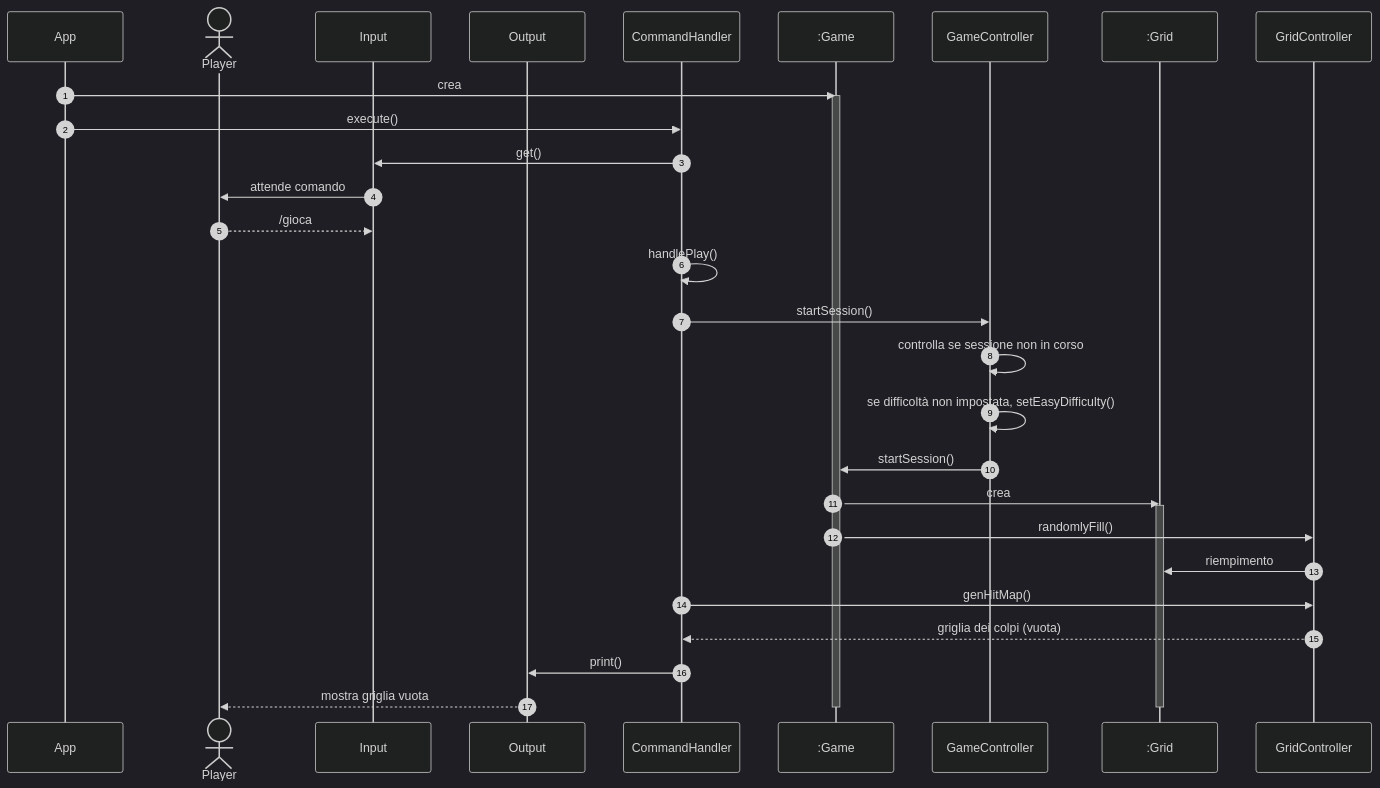
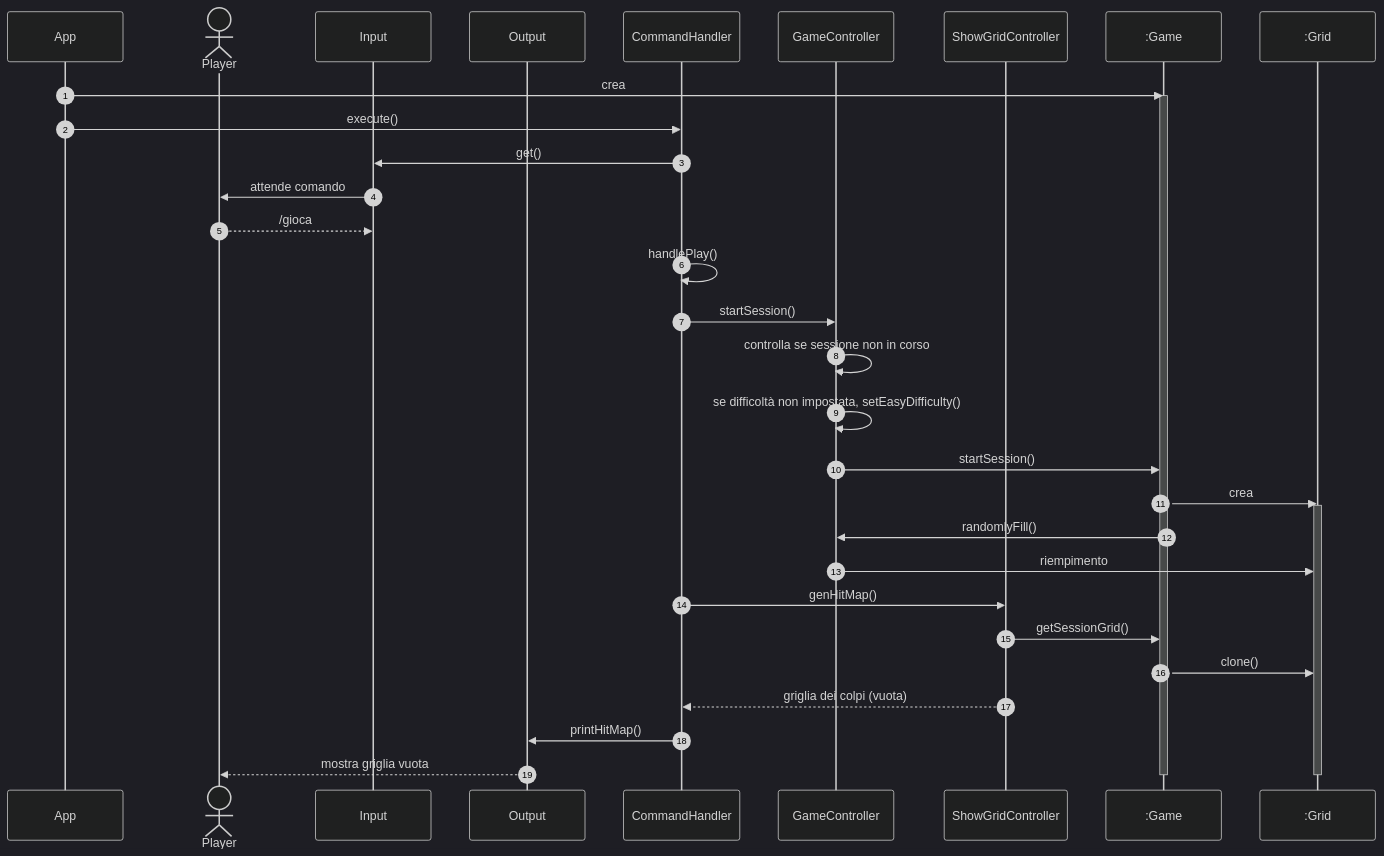
Before and after one commit to softeng2223-inf-uniba/progetto2223-thacker: the second of 7 diagrams in docs/Report.md, drawn with Mermaid (dark theme). The commit also changed other lines of this file, not shown here.

Commit message:
Aggiornati diagrammi di 5.a.1 in Report

````diff
--- a/docs/Report.md
+++ b/docs/Report.md
@@ -200,39 +200,41 @@
 ```mermaid
 sequenceDiagram
   autonumber
 
   participant App
   actor Player
   participant Input
   participant Output
   participant CH as CommandHandler
+  participant GaCo as GameController
+  participant ShGriCo as ShowGridController
   participant Ga as :Game
-  participant GaCo as GameController
   participant Grid as :Grid
-  participant GriCo as GridController
 
   App ->> Ga : crea
   activate Ga
 
   App ->> CH: execute()
   CH ->> Input: get()
   Input ->> Player: attende comando
   Player -->> Input: /gioca
   CH ->> CH: handlePlay()
   CH ->> GaCo: startSession()
   GaCo ->> GaCo: controlla se sessione non in corso
   GaCo ->> GaCo: se difficoltà non impostata, setEasyDifficulty()
+  
   GaCo ->> Ga: startSession()
   Ga ->> Grid: crea
-  
   activate Grid
-  Ga ->> GriCo: randomlyFill()
-  GriCo ->> Grid: riempimento
-  CH ->> GriCo: genHitMap()
-  GriCo -->> CH: griglia dei colpi (vuota)
-  CH ->> Output: print()
+  Ga ->> GaCo: randomlyFill()
+  GaCo ->> Grid: riempimento
+  CH ->> ShGriCo: genHitMap()
+  ShGriCo ->> Ga: getSessionGrid()
+  Ga ->> Grid: clone()
+  ShGriCo -->> CH: griglia dei colpi (vuota)
+  CH ->> Output: printHitMap()
   Output -->> Player : mostra griglia vuota
 
   deactivate Grid
   deactivate Ga
 ```
````
